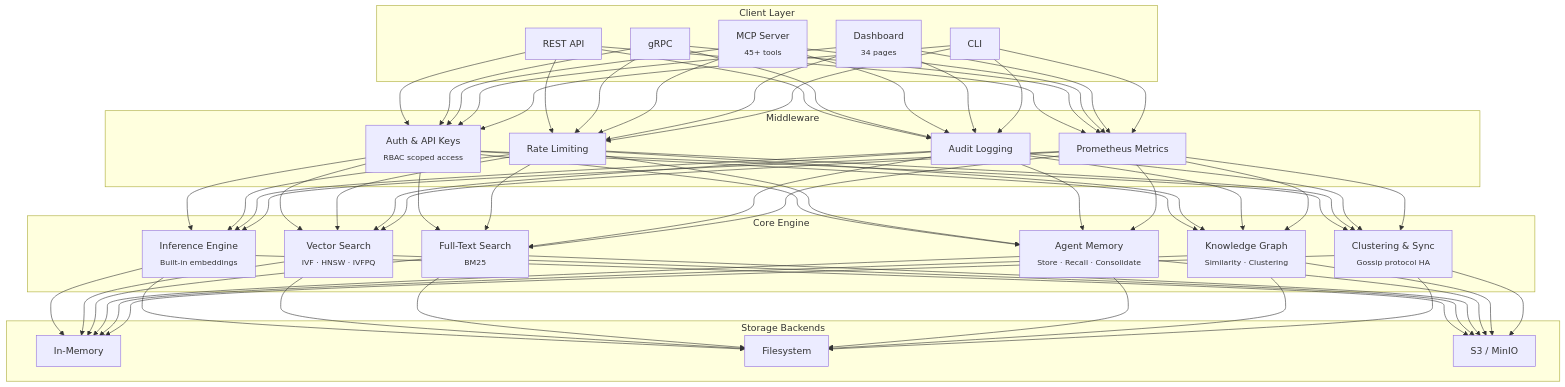
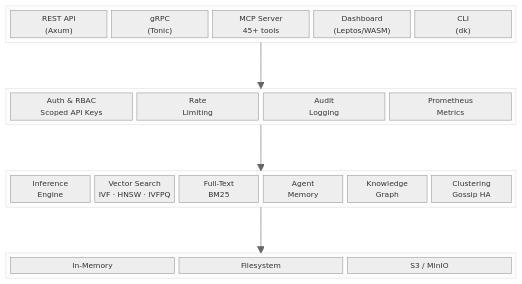
The second of 5 diagrams in profile/README.md (Dakera-AI/.github), drawn with Mermaid before and after one commit. The commit also changed other lines of this file, not shown here.

````diff
--- a/profile/README.md
+++ b/profile/README.md
@@ -49,36 +58,49 @@
 ```mermaid
-graph TB
-    subgraph Client Layer
-        REST["REST API"]
-        GRPC["gRPC"]
-        MCP["MCP Server<br><sub>45+ tools</sub>"]
-        DASH["Dashboard<br><sub>34 pages</sub>"]
-        CLI["CLI"]
+%%{init: {'theme': 'neutral', 'themeVariables': { 'fontSize': '13px' }}}%%
+block-beta
+    columns 5
+
+    block:client:5
+        columns 5
+        REST["REST API\n(Axum)"]
+        GRPC["gRPC\n(Tonic)"]
+        MCP_S["MCP Server\n45+ tools"]
+        DASHBOARD["Dashboard\n(Leptos/WASM)"]
+        CLI_T["CLI\n(dk)"]
     end
 
-    subgraph Middleware
-        AUTH["Auth & API Keys<br><sub>RBAC scoped access</sub>"]
-        RATE["Rate Limiting"]
-        AUDIT["Audit Logging"]
-        PROM["Prometheus Metrics"]
+    space:5
+
+    block:middleware:5
+        columns 4
+        AUTH["Auth & RBAC\nScoped API Keys"]
+        RATE["Rate\nLimiting"]
+        AUDIT["Audit\nLogging"]
+        METRICS["Prometheus\nMetrics"]
     end
 
-    subgraph Core Engine
-        INF["Inference Engine<br><sub>Built-in embeddings</sub>"]
-        VEC["Vector Search<br><sub>IVF &middot; HNSW &middot; IVFPQ</sub>"]
-        BM25["Full-Text Search<br><sub>BM25</sub>"]
-        MEM["Agent Memory<br><sub>Store &middot; Recall &middot; Consolidate</sub>"]
-        KG["Knowledge Graph<br><sub>Similarity &middot; Clustering</sub>"]
-        CLUSTER["Clustering & Sync<br><sub>Gossip protocol HA</sub>"]
+    space:5
+
+    block:engine:5
+        columns 6
+        INFERENCE["Inference\nEngine"]
+        VECTOR["Vector Search\nIVF · HNSW · IVFPQ"]
+        FULLTEXT["Full-Text\nBM25"]
+        MEMORY["Agent\nMemory"]
+        KNOWLEDGE["Knowledge\nGraph"]
+        CLUSTER["Clustering\nGossip HA"]
     end
 
-    subgraph Storage Backends
-        MEMORY["In-Memory"]
+    space:5
+
+    block:storage:5
+        columns 3
+        MEM_S["In-Memory"]
         FS["Filesystem"]
         S3["S3 / MinIO"]
     end
 
-    REST & GRPC & MCP & DASH & CLI --> AUTH & RATE & AUDIT & PROM
-    AUTH & RATE & AUDIT & PROM --> INF & VEC & BM25 & MEM & KG & CLUSTER
-    INF & VEC & BM25 & MEM & KG & CLUSTER --> MEMORY & FS & S3
+    client --> middleware
+    middleware --> engine
+    engine --> storage
 ```
````
